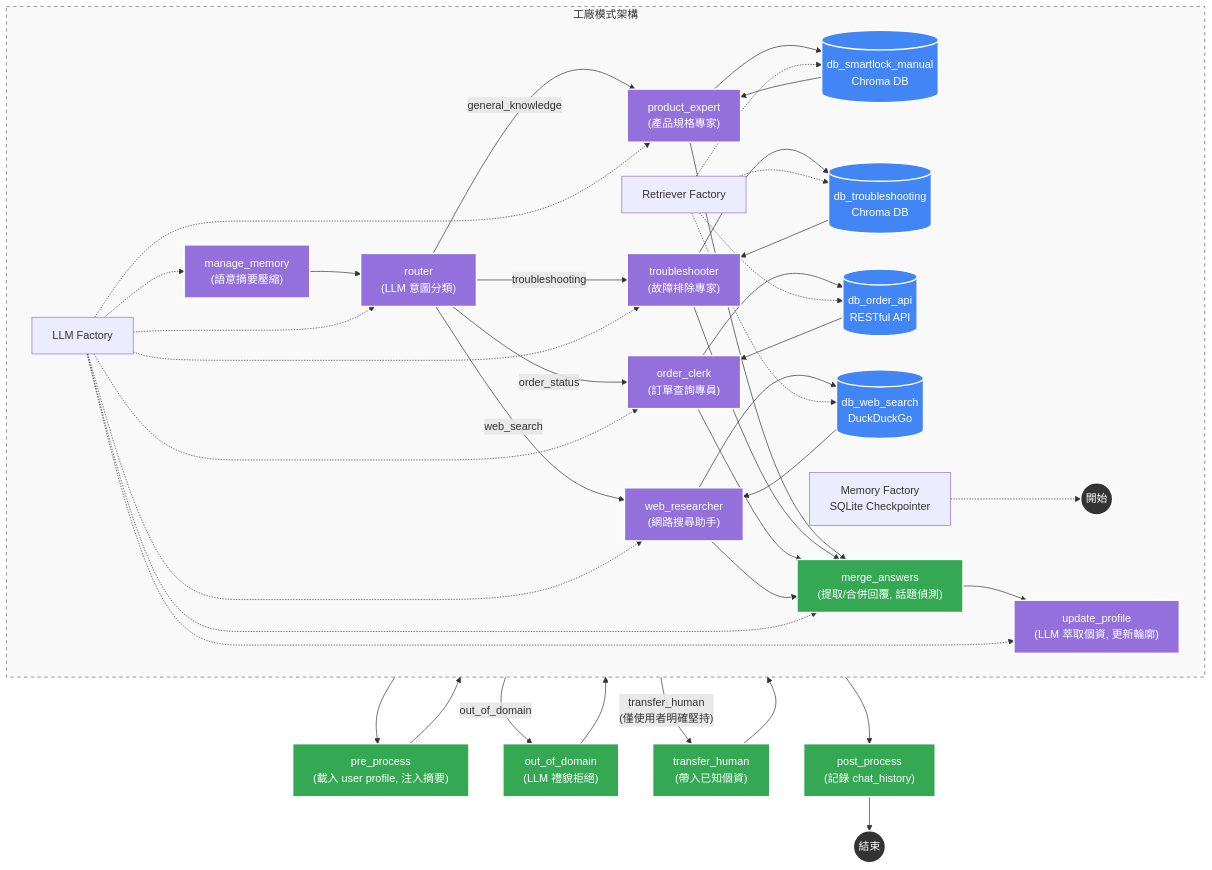
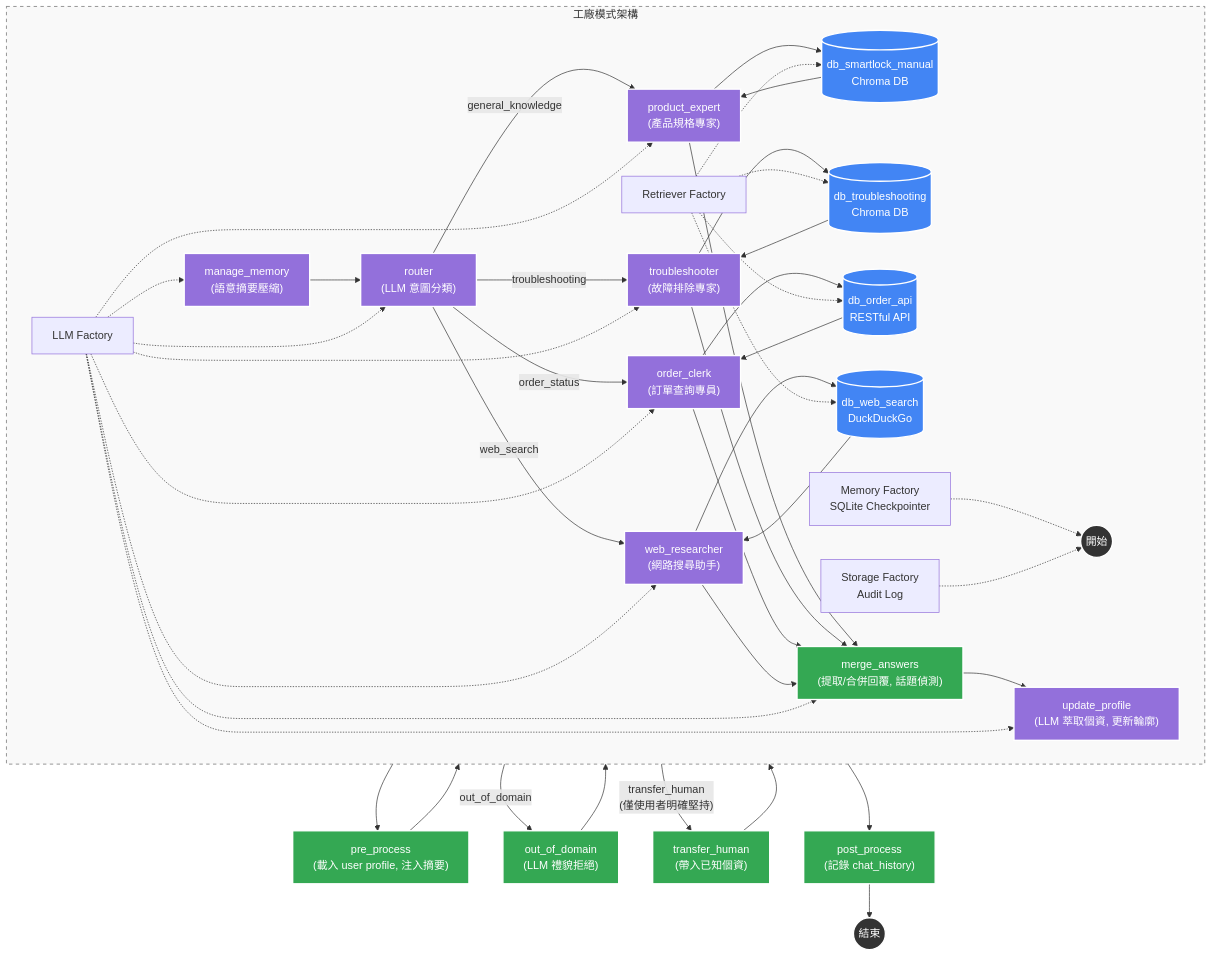
Before and after one commit to Imding1211/lock_AI_Agent: the first of 4 diagrams in docs/manuals/系統架構與流程圖.md, drawn with Mermaid. The commit also changed other lines of this file and 8 other files, not shown here.

````diff
--- a/docs/manuals/系統架構與流程圖.md
+++ b/docs/manuals/系統架構與流程圖.md
@@ -3,56 +3,57 @@
 ```mermaid
 graph TD
     %% 節點樣式定義
     classDef startEnd fill:#333,stroke:#fff,stroke-width:2px,color:#fff;
     classDef llmNode fill:#9370DB,stroke:#fff,stroke-width:2px,color:#fff;
     classDef decision fill:#ff9900,stroke:#333,stroke-width:2px;
     classDef dbNode fill:#4285f4,stroke:#fff,stroke-width:2px,color:#fff;
     classDef actionNode fill:#34a853,stroke:#fff,stroke-width:2px,color:#fff;
     classDef note fill:#f9f9f9,stroke:#666,stroke-dasharray: 5 5;
 
     %% 核心流程
     START((開始)):::startEnd --> pre_process["pre_process<br/>(載入 user profile, 注入摘要)"]:::actionNode
     pre_process --> manage_memory["manage_memory<br/>(語意摘要壓縮)"]:::llmNode
     manage_memory --> router["router<br/>(LLM 意圖分類)"]:::llmNode
 
     %% 意圖分流（Send() fan-out，多意圖可平行派發）
     router -- "general_knowledge" --> PE["product_expert<br/>(產品規格專家)"]:::llmNode
     router -- "troubleshooting" --> TS["troubleshooter<br/>(故障排除專家)"]:::llmNode
     router -- "order_status" --> OC["order_clerk<br/>(訂單查詢專員)"]:::llmNode
     router -- "web_search" --> WR["web_researcher<br/>(網路搜尋助手)"]:::llmNode
     router -- "out_of_domain" --> OOD["out_of_domain<br/>(LLM 禮貌拒絕)"]:::actionNode
     router -- "transfer_human<br/>(僅使用者明確堅持)" --> HUMAN["transfer_human<br/>(帶入已知個資)"]:::actionNode
 
     %% Agent 子圖（agent_llm ↔ tool_node 迴圈）
     PE --> PE_TOOL[("db_smartlock_manual<br/>Chroma DB")]:::dbNode
     TS --> TS_TOOL[("db_troubleshooting<br/>Chroma DB")]:::dbNode
     OC --> OC_TOOL[("db_order_api<br/>RESTful API")]:::dbNode
     WR --> WR_TOOL[("db_web_search<br/>DuckDuckGo")]:::dbNode
 
     PE_TOOL --> PE
     TS_TOOL --> TS
     OC_TOOL --> OC
     WR_TOOL --> WR
 
     %% 匯流
     PE --> merge_answers["merge_answers<br/>(提取/合併回覆, 話題偵測)"]:::actionNode
     TS --> merge_answers
     OC --> merge_answers
     WR --> merge_answers
     OOD --> merge_answers
     HUMAN --> merge_answers
 
     merge_answers --> update_profile["update_profile<br/>(LLM 萃取個資, 更新輪廓)"]:::llmNode
     update_profile --> post_process["post_process<br/>(記錄 chat_history)"]:::actionNode
     post_process --> END((結束)):::startEnd
 
     %% 底層支援
     subgraph Support_Layer [工廠模式架構]
         direction LR
         f1[LLM Factory] -.-> manage_memory & router & PE & TS & OC & WR & merge_answers & update_profile
         f2[Memory Factory<br/>SQLite Checkpointer] -.-> START
         f3[Retriever Factory] -.-> PE_TOOL & TS_TOOL & OC_TOOL & WR_TOOL
+        f4[Storage Factory<br/>Audit Log] -.-> START
     end
     class Support_Layer note
 
 ```
````
